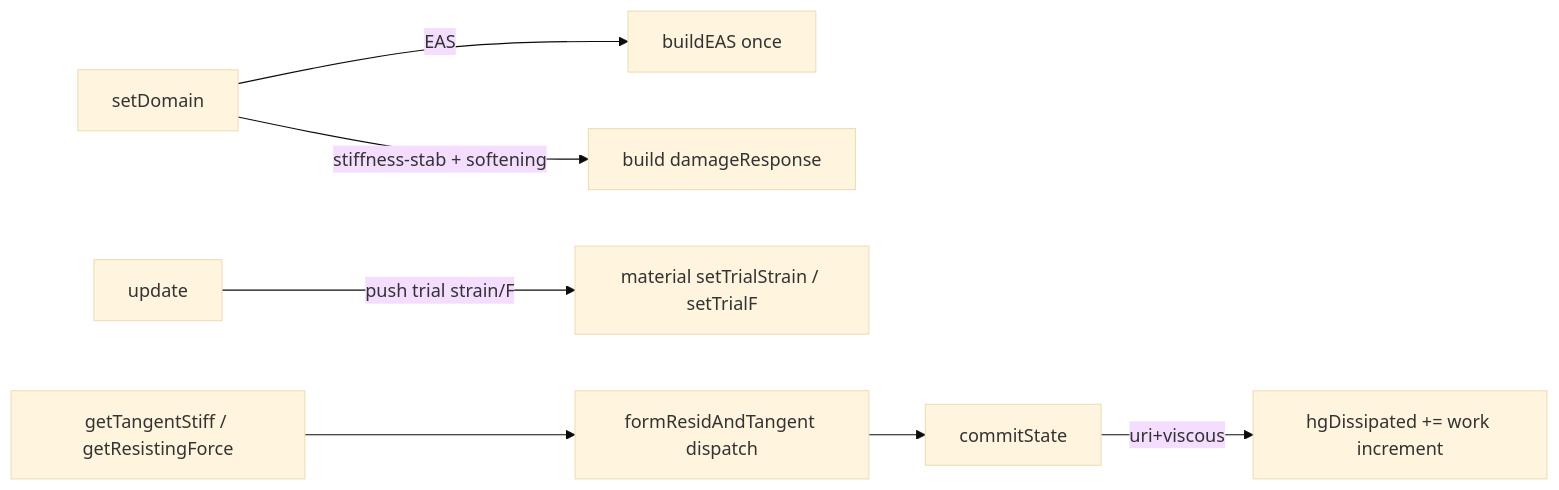
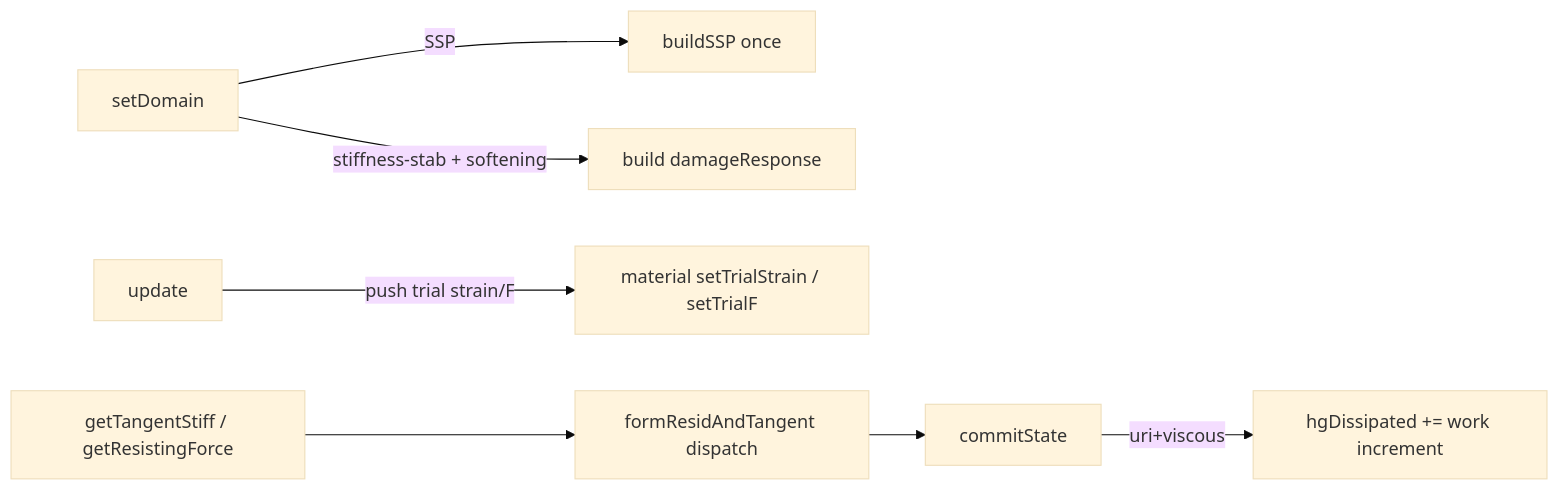
One commit to nmorabowen/OpenSees changed the diagram in Ladruno_implementation/LadrunoBrick_reference.md. Above: the diagram before and after it, drawn with Mermaid (base theme). The commit also changed other lines of this file and 19 other files, not shown here.

````diff
--- a/Ladruno_implementation/LadrunoBrick_reference.md
+++ b/Ladruno_implementation/LadrunoBrick_reference.md
@@ -662,9 +675,9 @@
 ```mermaid
 flowchart LR
-  A[setDomain] -->|EAS| B[buildEAS once]
+  A[setDomain] -->|SSP| B[buildSSP once]
   A -->|stiffness-stab + softening| C[build damageResponse]
   D[update] -->|push trial strain/F| E[material setTrialStrain / setTrialF]
   F[getTangentStiff / getResistingForce] --> G[formResidAndTangent dispatch]
   G --> H[commitState]
   H -->|uri+viscous| I[hgDissipated += work increment]
 ```
````
